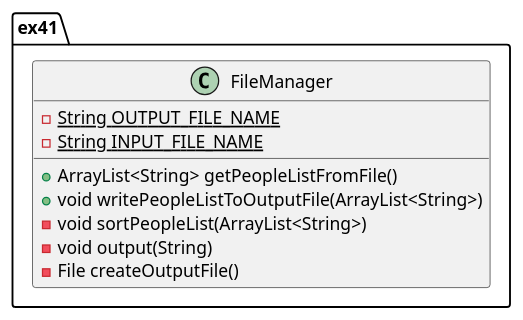
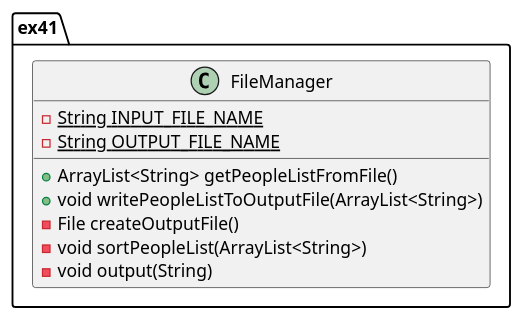
One commit to jamesk08/karlinski-cop3330-assignment3 changed the diagram in src/main/java/ex41/Ex41_FileManager_Class_Diagram.puml. Above: the diagram before and after it, drawn with PlantUML.

Commit message:
sorting class diagram members alphabetically

```diff
--- a/src/main/java/ex41/Ex41_FileManager_Class_Diagram.puml
+++ b/src/main/java/ex41/Ex41_FileManager_Class_Diagram.puml
@@ -1,14 +1,15 @@
 @startuml
 class ex41.FileManager
 {
     + ArrayList<String> getPeopleListFromFile()
     + void writePeopleListToOutputFile(ArrayList<String>)
 
+    - {static} String INPUT_FILE_NAME
     - {static} String OUTPUT_FILE_NAME
-    - {static} String INPUT_FILE_NAME
 
+    - File createOutputFile()
     - void sortPeopleList(ArrayList<String>)
     - void output(String)
-    - File createOutputFile()
+
 }
 @enduml
```
